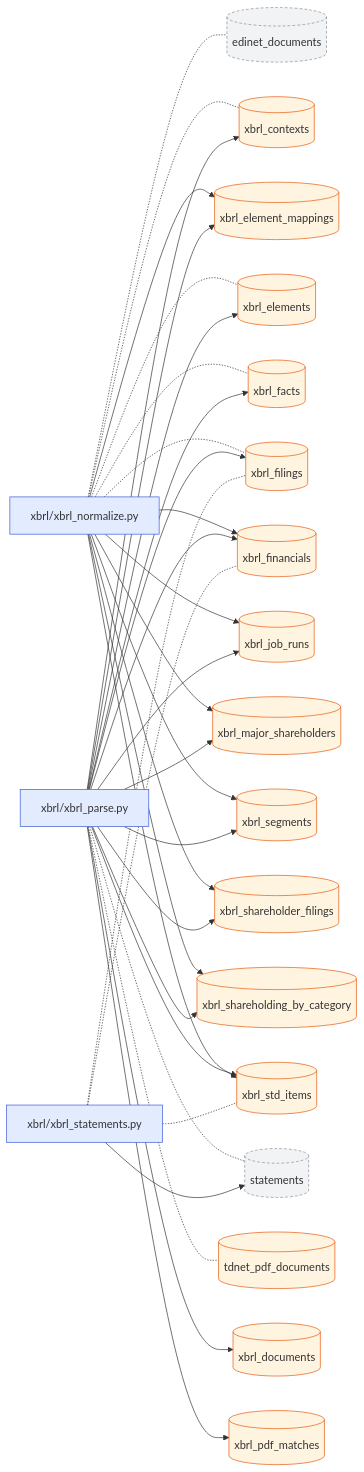
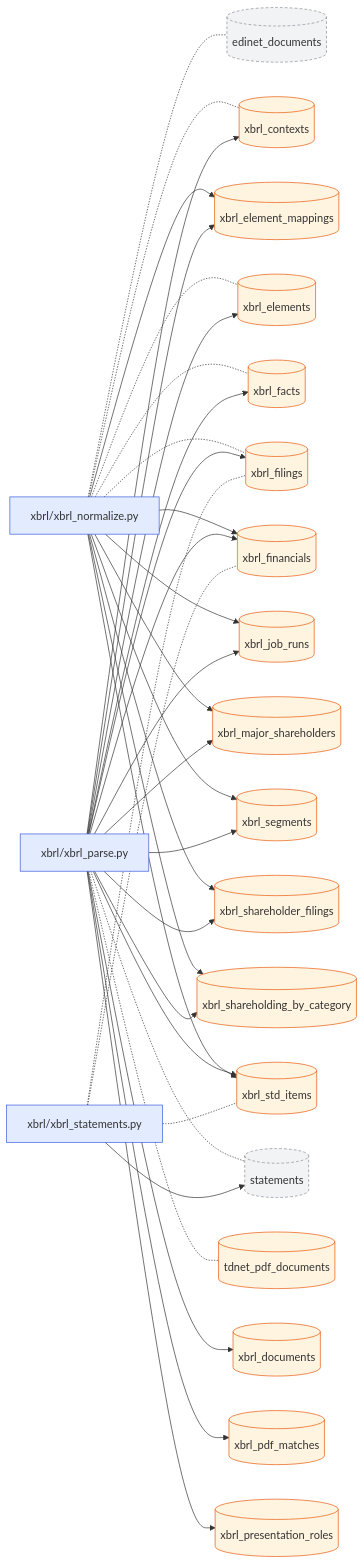
Before and after one commit to pekumirui/stock-analyzer: the first of 2 diagrams in docs/dataflow/xbrl.md, drawn with Mermaid. The commit also changed other lines of this file and 10 other files, not shown here.

````diff
--- a/docs/dataflow/xbrl.md
+++ b/docs/dataflow/xbrl.md
@@ -9,60 +9,62 @@
 ```mermaid
 flowchart LR
   n0["xbrl/xbrl_normalize.py"]:::job
   n1["xbrl/xbrl_parse.py"]:::job
   n2["xbrl/xbrl_statements.py"]:::job
   n3[("edinet_documents")]:::ext
   n4[("statements")]:::ext
   n5[("tdnet_pdf_documents")]:::tbl
   n6[("xbrl_contexts")]:::tbl
   n7[("xbrl_documents")]:::tbl
   n8[("xbrl_element_mappings")]:::tbl
   n9[("xbrl_elements")]:::tbl
   n10[("xbrl_facts")]:::tbl
   n11[("xbrl_filings")]:::tbl
   n12[("xbrl_financials")]:::tbl
   n13[("xbrl_job_runs")]:::tbl
   n14[("xbrl_major_shareholders")]:::tbl
   n15[("xbrl_pdf_matches")]:::tbl
-  n16[("xbrl_segments")]:::tbl
-  n17[("xbrl_shareholder_filings")]:::tbl
-  n18[("xbrl_shareholding_by_category")]:::tbl
-  n19[("xbrl_std_items")]:::tbl
+  n16[("xbrl_presentation_roles")]:::tbl
+  n17[("xbrl_segments")]:::tbl
+  n18[("xbrl_shareholder_filings")]:::tbl
+  n19[("xbrl_shareholding_by_category")]:::tbl
+  n20[("xbrl_std_items")]:::tbl
   n0 -.- n3
   n0 -.- n6
   n0 --> n8
   n0 -.- n9
   n0 -.- n10
   n0 -.- n11
   n0 --> n12
   n0 --> n13
   n0 --> n14
-  n0 --> n16
   n0 --> n17
   n0 --> n18
   n0 --> n19
+  n0 --> n20
   n1 -.- n4
   n1 -.- n5
   n1 --> n6
   n1 --> n7
   n1 --> n8
   n1 --> n9
   n1 --> n10
   n1 --> n11
   n1 --> n12
   n1 --> n13
   n1 --> n14
   n1 --> n15
   n1 --> n16
   n1 --> n17
   n1 --> n18
   n1 --> n19
+  n1 --> n20
   n2 --> n4
   n2 -.- n11
   n2 -.- n12
-  n2 -.- n19
+  n2 -.- n20
   classDef job fill:#e3ecff,stroke:#3b5bdb
   classDef api fill:#e6f7ec,stroke:#2b8a3e
   classDef tbl fill:#fff4e0,stroke:#e8590c
   classDef ext fill:#f1f3f5,stroke:#868e96,stroke-dasharray:4 3
 ```
````
